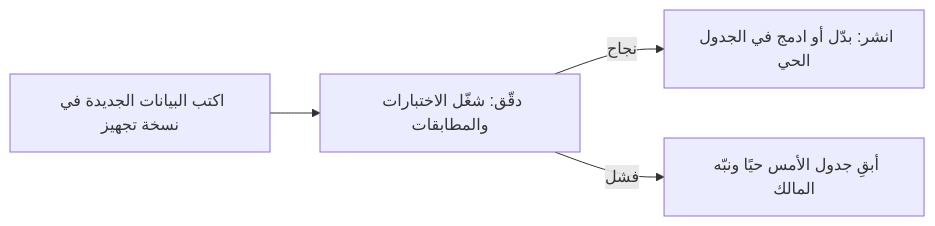
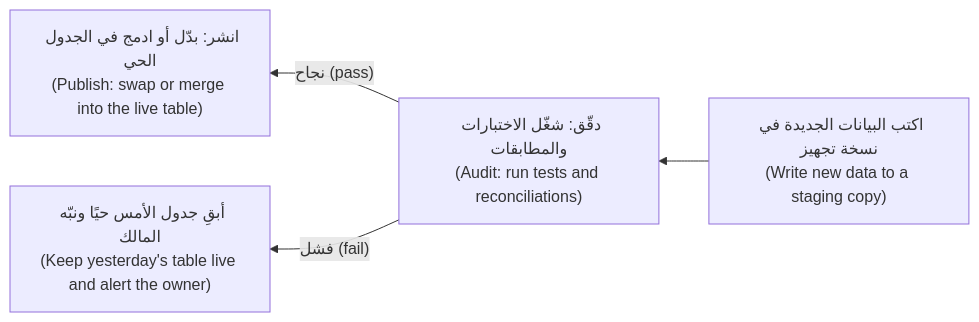
The second of 3 diagrams in data/modules/03-transform-quality.ar.md (Tamoura/system-design-for-vibe-coders), drawn with Mermaid before and after one commit. The commit also changed other lines of this file and 20 other files, not shown here.

First line of the commit message:
New courses: Arabic diagrams read right-to-left with English labels (modules 0–6)

````diff
--- a/data/modules/03-transform-quality.ar.md
+++ b/data/modules/03-transform-quality.ar.md
@@ -492,6 +492,6 @@
 ```mermaid
-flowchart LR
-    W["اكتب البيانات الجديدة في نسخة تجهيز"] --> A["دقّق: شغّل الاختبارات والمطابقات"]
-    A -->|"نجاح"| P["انشر: بدّل أو ادمج في الجدول الحي"]
-    A -->|"فشل"| Q["أبقِ جدول الأمس حيًا ونبّه المالك"]
+flowchart RL
+    W["اكتب البيانات الجديدة في نسخة تجهيز<br/>(Write new data to a staging copy)"] --> A["دقّق: شغّل الاختبارات والمطابقات<br/>(Audit: run tests and reconciliations)"]
+    A -->|"نجاح (pass)"| P["انشر: بدّل أو ادمج في الجدول الحي<br/>(Publish: swap or merge into the live table)"]
+    A -->|"فشل (fail)"| Q["أبقِ جدول الأمس حيًا ونبّه المالك<br/>(Keep yesterday's table live and alert the owner)"]
 ```
````
